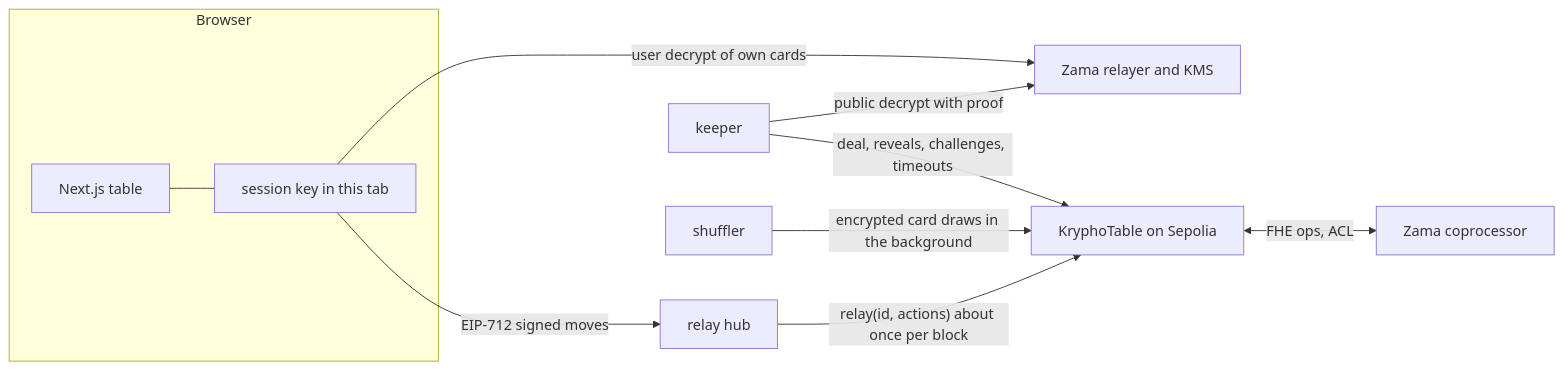
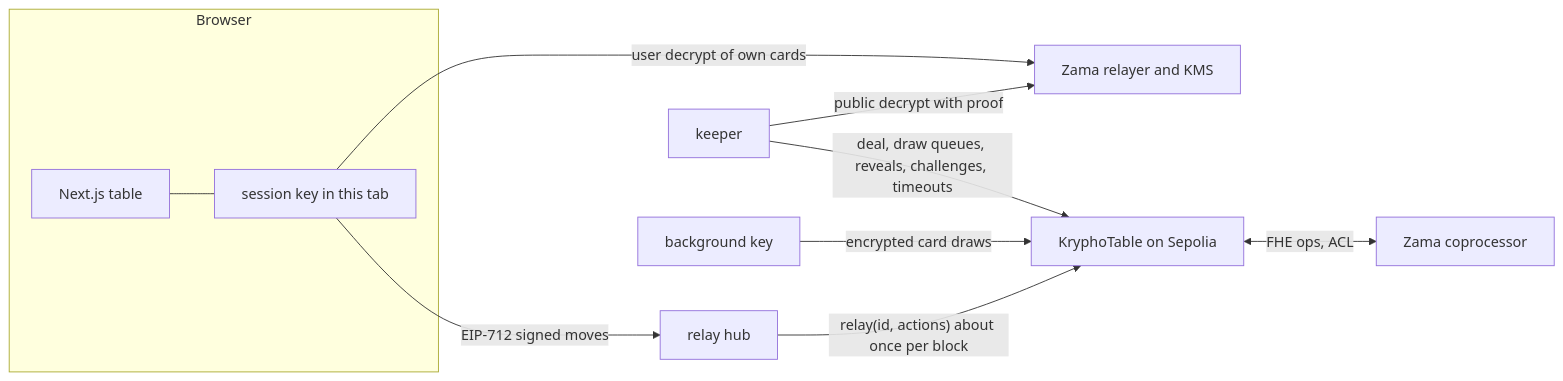
Before and after one commit to UnityNodes/kryphochroma: the diagram in README.md, drawn with Mermaid. The commit also changed other lines of this file and 8 other files, not shown here.

````diff
--- a/README.md
+++ b/README.md
@@ -46,13 +46,13 @@
 ```mermaid
 flowchart LR
   subgraph Browser
     UI[Next.js table] --- SK[session key in this tab]
   end
   SK -- "EIP-712 signed moves" --> HUB[relay hub]
   HUB -- "relay(id, actions) about once per block" --> T[KryphoTable on Sepolia]
-  K[keeper] -- "deal, reveals, challenges, timeouts" --> T
-  S[shuffler] -- "encrypted card draws in the background" --> T
+  K[keeper] -- "deal, draw queues, reveals, challenges, timeouts" --> T
+  S[background key] -- "encrypted card draws" --> T
   T <-- "FHE ops, ACL" --> C[Zama coprocessor]
   SK -- "user decrypt of own cards" --> R[Zama relayer and KMS]
   K -- "public decrypt with proof" --> R
 ```
````
